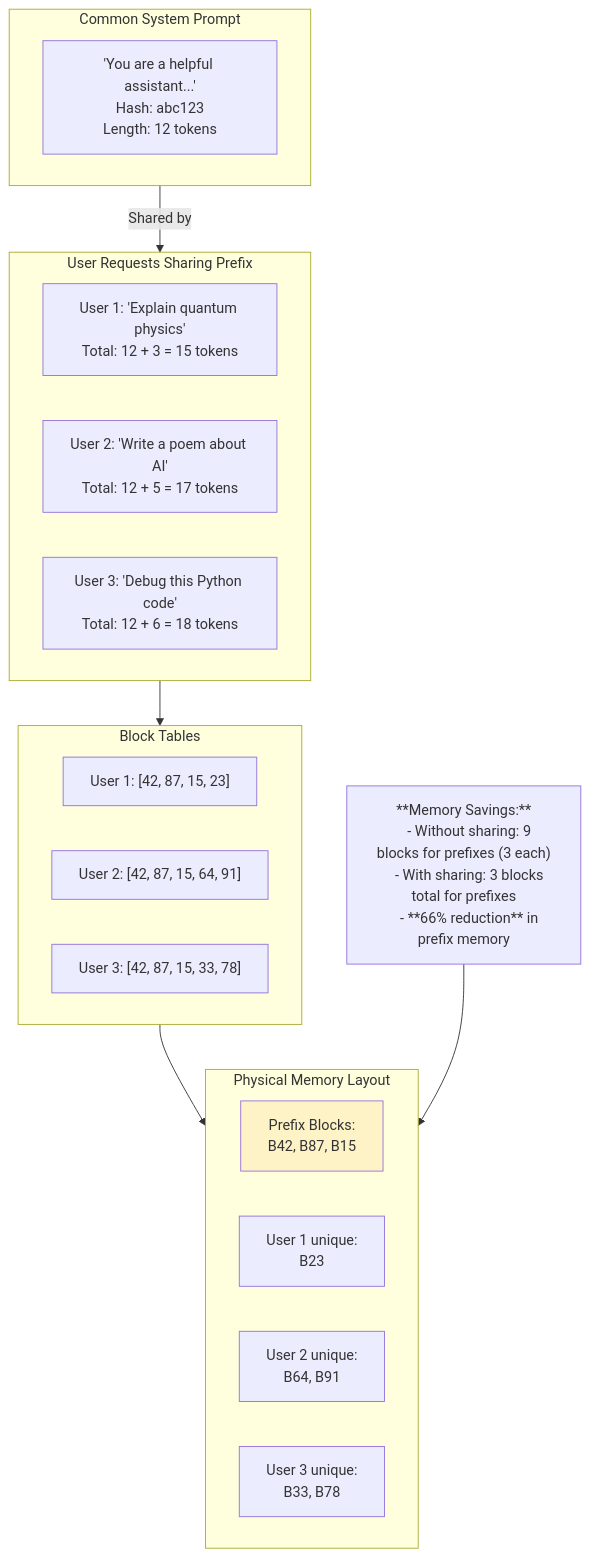
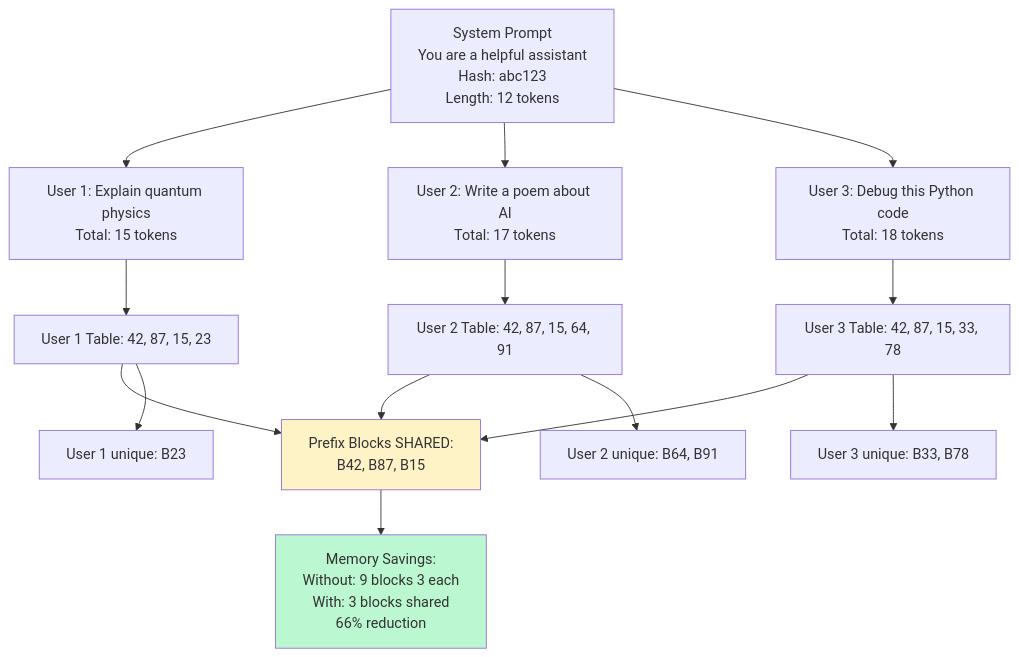
The ninth of 9 diagrams in lab0.3/README.md (Shahriarin2garden/vllm_from_scratch), drawn with Mermaid before and after one commit. The commit also changed other lines of this file and 3 other files, not shown here.

````diff
--- a/lab0.3/README.md
+++ b/lab0.3/README.md
@@ -754,40 +784,36 @@
 ```mermaid
-graph TB
-    subgraph SystemPrompt[Common System Prompt]
-        SP["'You are a helpful assistant...'<br/>Hash: abc123<br/>Length: 12 tokens"]
-    end
-
-    subgraph UserRequests[User Requests Sharing Prefix]
-        UR1["User 1: 'Explain quantum physics'<br/>Total: 12 + 3 = 15 tokens"]
-        UR2["User 2: 'Write a poem about AI'<br/>Total: 12 + 5 = 17 tokens"]
-        UR3["User 3: 'Debug this Python code'<br/>Total: 12 + 6 = 18 tokens"]
-    end
-
-    subgraph PhysicalMemory[Physical Memory Layout]
-        direction LR
-        P1[Prefix Blocks:<br/>B42, B87, B15]
-        P2[User 1 unique:<br/>B23]
-        P3[User 2 unique:<br/>B64, B91]
-        P4[User 3 unique:<br/>B33, B78]
-    end
-
-    subgraph BlockTables[Block Tables]
-        BT1["User 1: [42, 87, 15, 23]"]
-        BT2["User 2: [42, 87, 15, 64, 91]"]
-        BT3["User 3: [42, 87, 15, 33, 78]"]
-    end
-
-    SystemPrompt -->|Shared by| UserRequests
-    UserRequests --> BlockTables
-    BlockTables --> PhysicalMemory
-
-    Metrics["
-    **Memory Savings:**
-    - Without sharing: 9 blocks for prefixes (3 each)
-    - With sharing: 3 blocks total for prefixes
-    - **66% reduction** in prefix memory
-    "] --> PhysicalMemory
-
+graph TD
+    SP[System Prompt<br/>You are a helpful assistant<br/>Hash: abc123<br/>Length: 12 tokens]
+    
+    UR1[User 1: Explain quantum physics<br/>Total: 15 tokens]
+    UR2[User 2: Write a poem about AI<br/>Total: 17 tokens]
+    UR3[User 3: Debug this Python code<br/>Total: 18 tokens]
+    
+    BT1[User 1 Table: 42, 87, 15, 23]
+    BT2[User 2 Table: 42, 87, 15, 64, 91]
+    BT3[User 3 Table: 42, 87, 15, 33, 78]
+    
+    P1[Prefix Blocks SHARED:<br/>B42, B87, B15]
+    P2[User 1 unique: B23]
+    P3[User 2 unique: B64, B91]
+    P4[User 3 unique: B33, B78]
+    
+    Metrics[Memory Savings:<br/>Without: 9 blocks 3 each<br/>With: 3 blocks shared<br/>66% reduction]
+    
+    SP --> UR1
+    SP --> UR2
+    SP --> UR3
+    UR1 --> BT1
+    UR2 --> BT2
+    UR3 --> BT3
+    BT1 --> P1
+    BT2 --> P1
+    BT3 --> P1
+    BT1 --> P2
+    BT2 --> P3
+    BT3 --> P4
+    P1 --> Metrics
+    
     style P1 fill:#fef3c7
-
+    style Metrics fill:#bbf7d0
 ```
````
